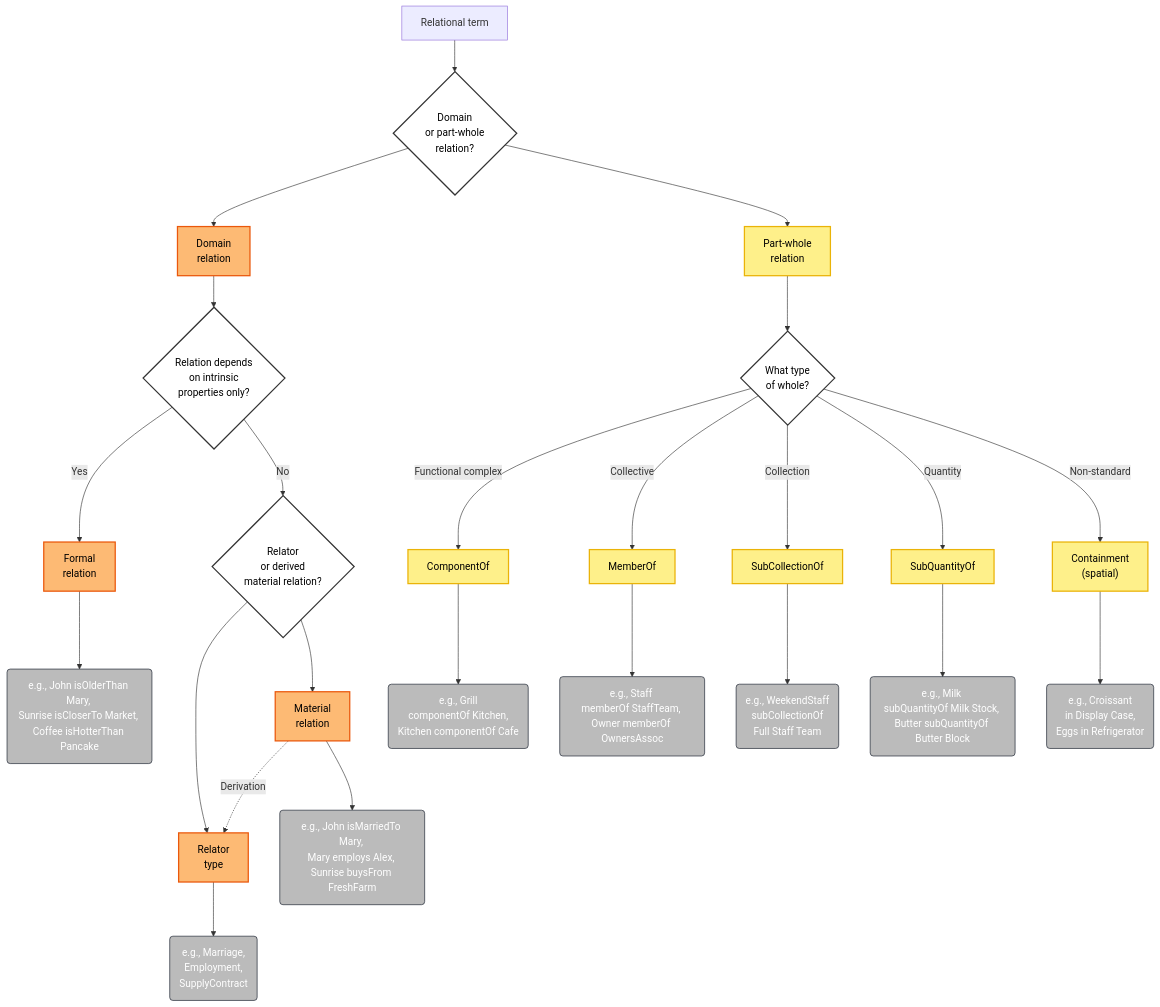
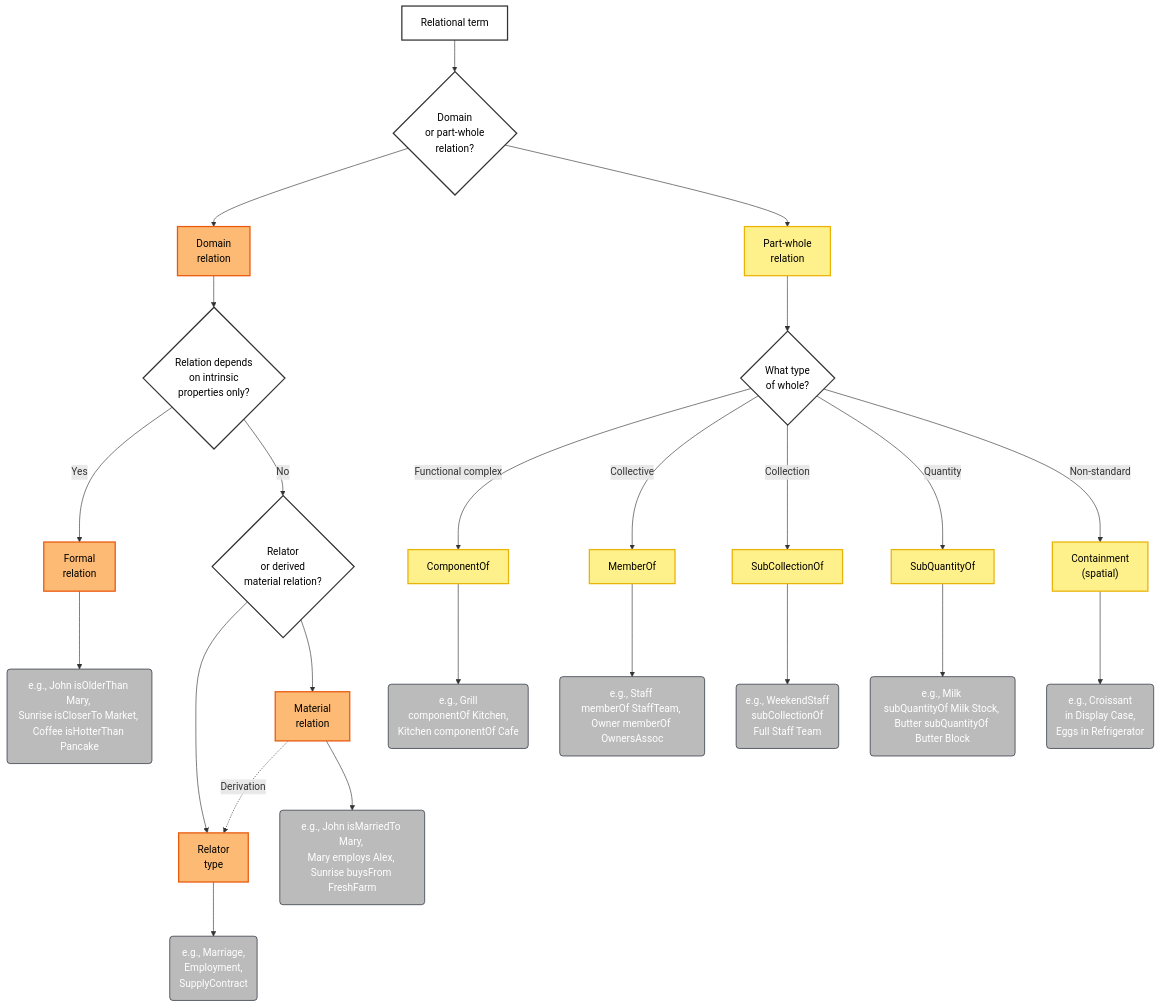
One commit to spdrnl/UFO-Modeling-Decision-Tree changed the diagram in decision-tree/04a-Relation.mermaid. Above: the diagram before and after it, drawn with Mermaid. The commit also changed 15 other files, not shown here.

```diff
--- a/decision-tree/04a-Relation.mermaid
+++ b/decision-tree/04a-Relation.mermaid
@@ -1,63 +1,63 @@
 flowchart TD
     RT["Relational term"] --> R1{"Domain \nor part-whole \nrelation?"}
 
     %% MAIN CATEGORIES
     R1 --> DR[Domain \nrelation]
     R1 --> PW[Part-whole \nrelation]
 
     %% DOMAIN RELATIONS
     DR --> DR1{Relation depends \non intrinsic \nproperties only?}
     DR1 -->|Yes| FOR[Formal \nrelation]
     DR1 -->|No| MAT{Relator \nor derived \nmaterial relation?}
 
     MAT --> RL[Relator \ntype]
     RL_ex("e.g., Marriage, \nEmployment, \nSupplyContract"):::example
     RL --> RL_ex
     MAT --> MR[Material \nrelation]
 
     MR -.->|Derivation| RL
 
     %% PART-WHOLE
     PW --> PW1{What type \nof whole?}
 
     PW1 -->|Functional complex| CPO[ComponentOf]
     PW1 -->|Collective| MBO[MemberOf]
     PW1 -->|Collection| SCO[SubCollectionOf]
     PW1 -->|Quantity| SQO[SubQuantityOf]
     PW1 -->|Non-standard| CON["Containment\n(spatial)"]
 
     %% EXAMPLES - Formal Relations
     FOR_ex("e.g., John isOlderThan Mary, \nSunrise isCloserTo Market, \nCoffee isHotterThan Pancake"):::example
     FOR --> FOR_ex
 
     MR_ex("e.g., John isMarriedTo Mary, \nMary employs Alex, \nSunrise buysFrom FreshFarm"):::example
     MR --> MR_ex
 
     %% EXAMPLES - Part-Whole
     CPO_ex("e.g., Grill \ncomponentOf Kitchen, \nKitchen componentOf Cafe"):::example
     CPO --> CPO_ex
 
     MBO_ex("e.g., Staff \nmemberOf StaffTeam, \nOwner memberOf OwnersAssoc"):::example
     MBO --> MBO_ex
 
     SCO_ex("e.g., WeekendStaff \nsubCollectionOf \nFull Staff Team"):::example
     SCO --> SCO_ex
 
     SQO_ex("e.g., Milk \nsubQuantityOf Milk Stock, \nButter subQuantityOf Butter Block"):::example
     SQO --> SQO_ex
 
     CON_ex("e.g., Croissant \nin Display Case, \nEggs in Refrigerator"):::example
     CON --> CON_ex
 
     %% CLASSES
     classDef example fill:#BBBBBB,stroke:#111827,stroke-width:1px,color:#ffffff;
     classDef generic fill:#ffffff,stroke:#333,stroke-width:2px,color:#000;
     classDef relator fill:#fdba74,stroke:#ea580c,stroke-width:2px,color:#000;
     classDef meronymic fill:#fef08a,stroke:#eab308,stroke-width:2px,color:#000;
     classDef fundamental fill:#e9d5ff,stroke:#a855f7,stroke-width:2px,color:#000;
 
     %% Apply styles
-    class R0,R1,DR1,PW1,MAT,FA1 generic;
+    class RT,R0,R1,DR1,PW1,MAT,FA1 generic;
     class DR,FOR,MR,RL relator;
     class PW,CPO,MBO,SCO,SQO,CON meronymic;
     class FA,CHAR,MED,DER,PART,STRU,CRETERM,MAN,BA,TRIG fundamental;
```
